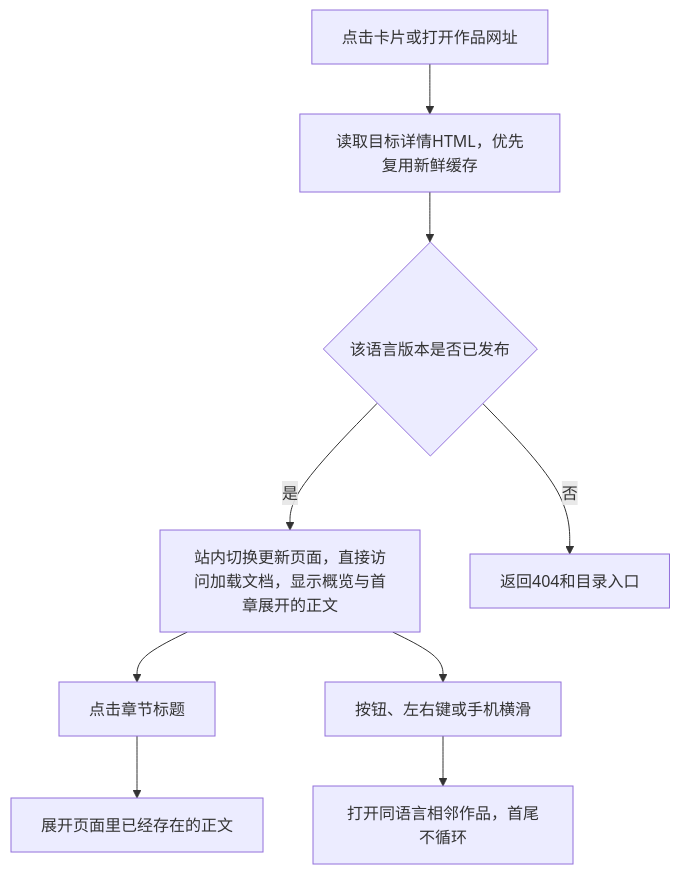
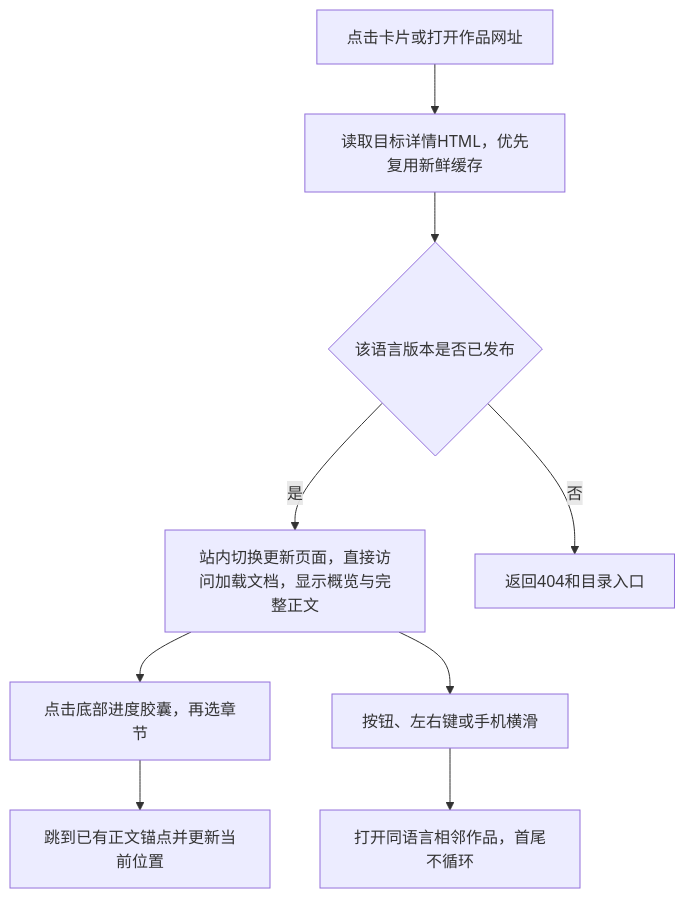
One commit to Vibes-college/Vibes changed the diagram in docs/features/article-read.md. Above: the diagram before and after it, drawn with Mermaid. The commit also changed other lines of this file and 18 other files, not shown here.

````diff
--- a/docs/features/article-read.md
+++ b/docs/features/article-read.md
@@ -47,11 +49,11 @@
 ```mermaid
 flowchart TD
   A[点击卡片或打开作品网址] --> B[读取目标详情HTML，优先复用新鲜缓存]
   B --> C{该语言版本是否已发布}
-  C -->|是| D[站内切换更新页面，直接访问加载文档，显示概览与首章展开的正文]
+  C -->|是| D[站内切换更新页面，直接访问加载文档，显示概览与完整正文]
   C -->|否| E[返回404和目录入口]
-  D --> F[点击章节标题]
-  F --> G[展开页面里已经存在的正文]
+  D --> F[点击底部进度胶囊，再选章节]
+  F --> G[跳到已有正文锚点并更新当前位置]
   D --> J[按钮、左右键或手机横滑]
   J --> K[打开同语言相邻作品，首尾不循环]
 ```
````
